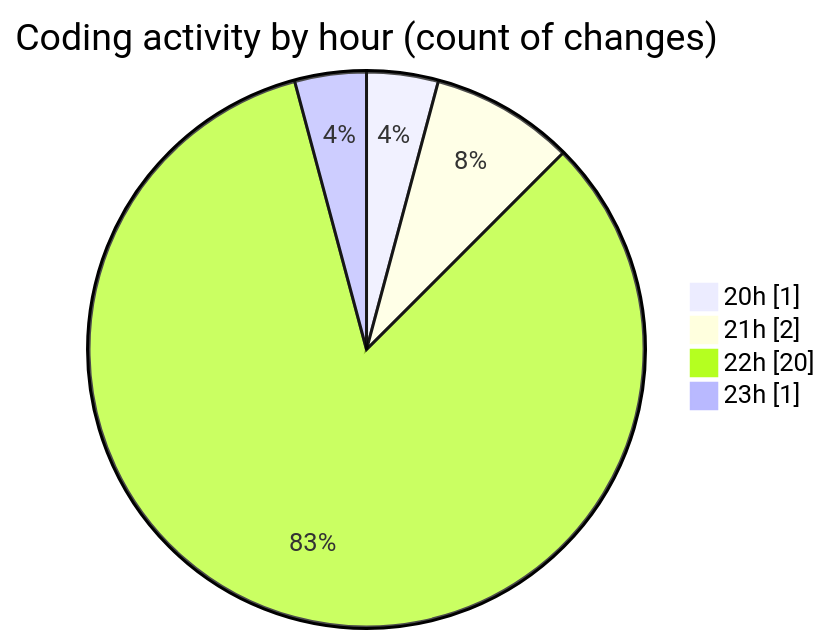
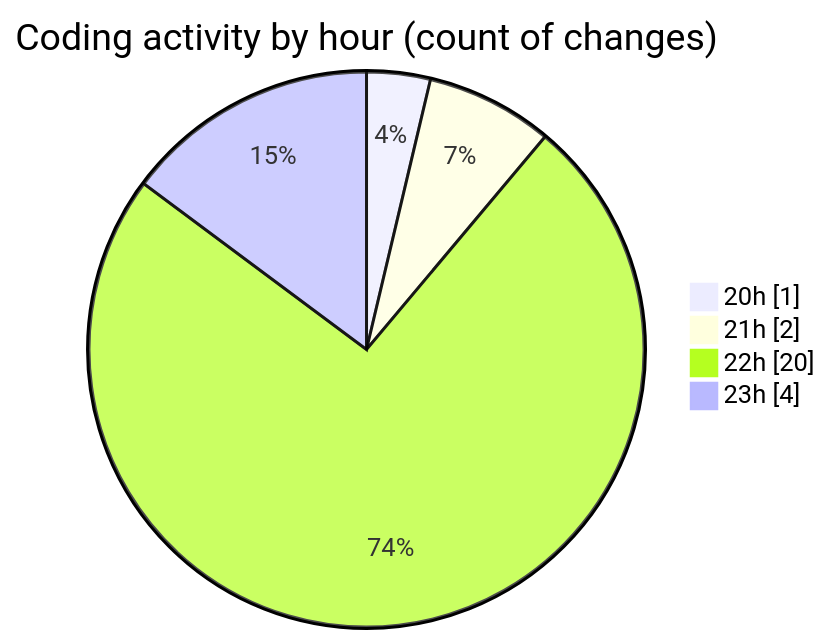
One commit to MatusMokan/code-tracking changed the second of 2 diagrams in 2025-02-18/myws__workspace_/README.md. Above: the diagram before and after it, drawn with Mermaid. The commit also changed other lines of this file and 1 other file, not shown here.

````diff
--- a/2025-02-18/myws__workspace_/README.md
+++ b/2025-02-18/myws__workspace_/README.md
@@ -36,8 +36,8 @@
 ```mermaid
 pie showData
 title Coding activity by hour (count of changes)
 "20h" : 1
 "21h" : 2
 "22h" : 20
-"23h" : 1
+"23h" : 4
 ```
````
